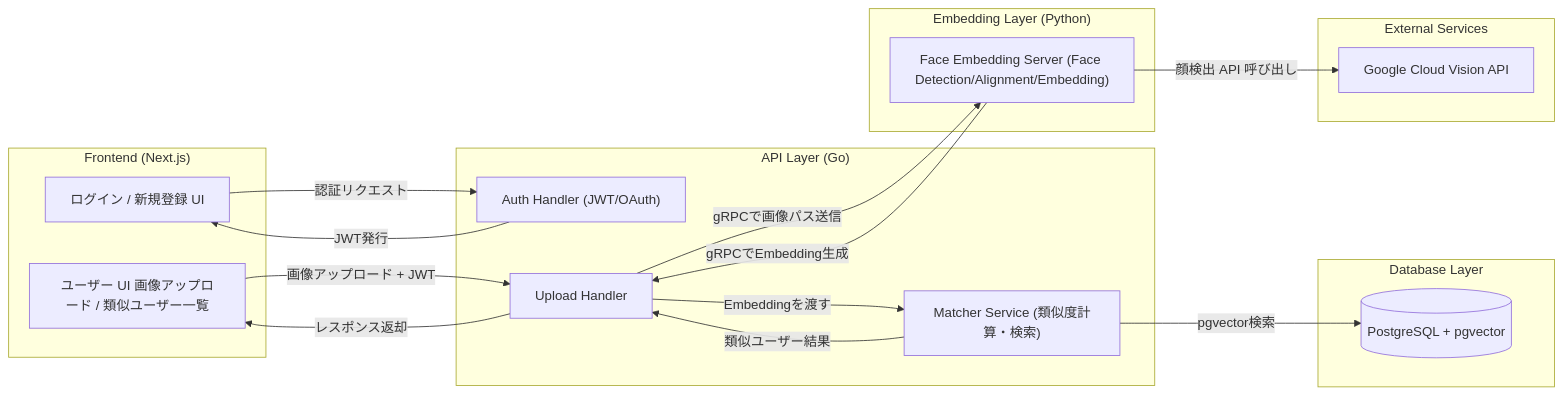
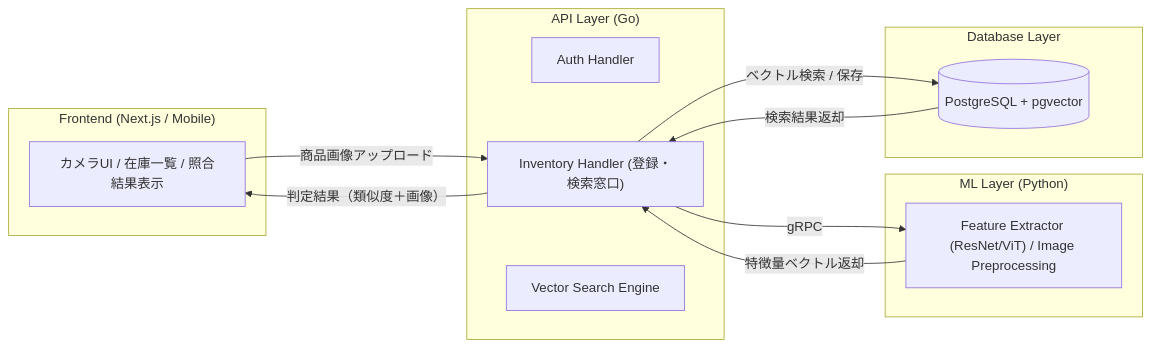
Before and after one commit to annyouu/face-matching: the diagram in README.md, drawn with Mermaid. The commit also changed other lines of this file, not shown here.

Commit message:
docs：仕様書変更

````diff
--- a/README.md
+++ b/README.md
@@ -47,48 +38,33 @@
 ```mermaid
 flowchart LR
 
 %% Frontend
-subgraph FE["Frontend (Next.js)"]
-    LOGIN["ログイン / 新規登録 UI"]
-    UI["ユーザー UI 画像アップロード / 類似ユーザー一覧"]
+subgraph FE["Frontend (Next.js / Mobile)"]
+    UI["カメラUI / 在庫一覧 / 照合結果表示"]
 end
 
 %% Backend
 subgraph API_Layer["API Layer (Go)"]
-    AUTH["Auth Handler (JWT/OAuth)"]
-    UPLOAD["Upload Handler"]
-    MATCH["Matcher Service (類似度計算・検索)"]
+    AUTH["Auth Handler"]
+    UPLOAD["Inventory Handler (登録・検索窓口)"]
+    VEC_QUERY["Vector Search Engine"]
 end
 
 %% Embedding Server
-subgraph PY_Layer["Embedding Layer (Python)"]
-    PY["Face Embedding Server (Face Detection/Alignment/Embedding)"]
+subgraph PY_Layer["ML Layer (Python)"]
+    PY["Feature Extractor (ResNet/ViT) / Image Preprocessing"]
 end
 
 %% Database
 subgraph DB_Layer["Database Layer"]
     DB[(PostgreSQL + pgvector)]
 end
 
-%% External
-subgraph EXT["External Services"]
-    GCP["Google Cloud Vision API"]
-end
-
-%% 認証フロー
-LOGIN -->|認証リクエスト| AUTH
-AUTH -->|JWT発行| LOGIN
-
-%% 画像アップロードフロー
-UI -->|画像アップロード + JWT| UPLOAD
-UPLOAD -->|gRPCで画像パス送信| PY
-PY -->|gRPCでEmbedding生成| UPLOAD
-
-UPLOAD -->|Embeddingを渡す| MATCH
-MATCH -->|pgvector検索| DB
-MATCH -->|類似ユーザー結果| UPLOAD
-UPLOAD -->|レスポンス返却| UI
-
-%% 外部 API 呼び出し
-PY -->|顔検出 API 呼び出し| GCP
+%% フロー
+UI -->|商品画像アップロード| UPLOAD
+UPLOAD -->|gRPC| PY
+PY -->|特徴量ベクトル返却| UPLOAD
+UPLOAD -->|ベクトル検索 / 保存| DB
+DB -->|検索結果返却| UPLOAD
+UPLOAD -->|判定結果（類似度＋画像）| UI
 ```
````
